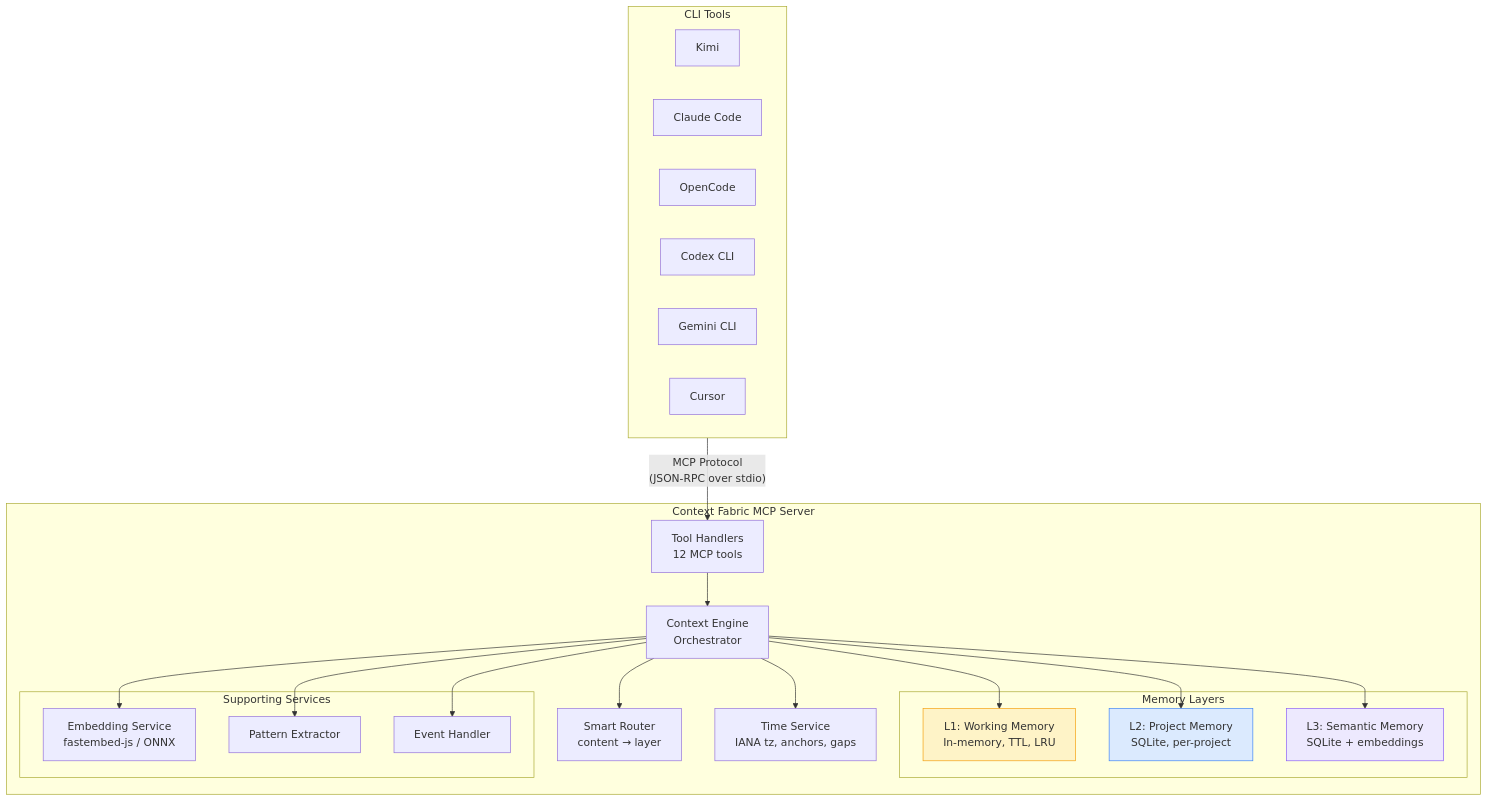
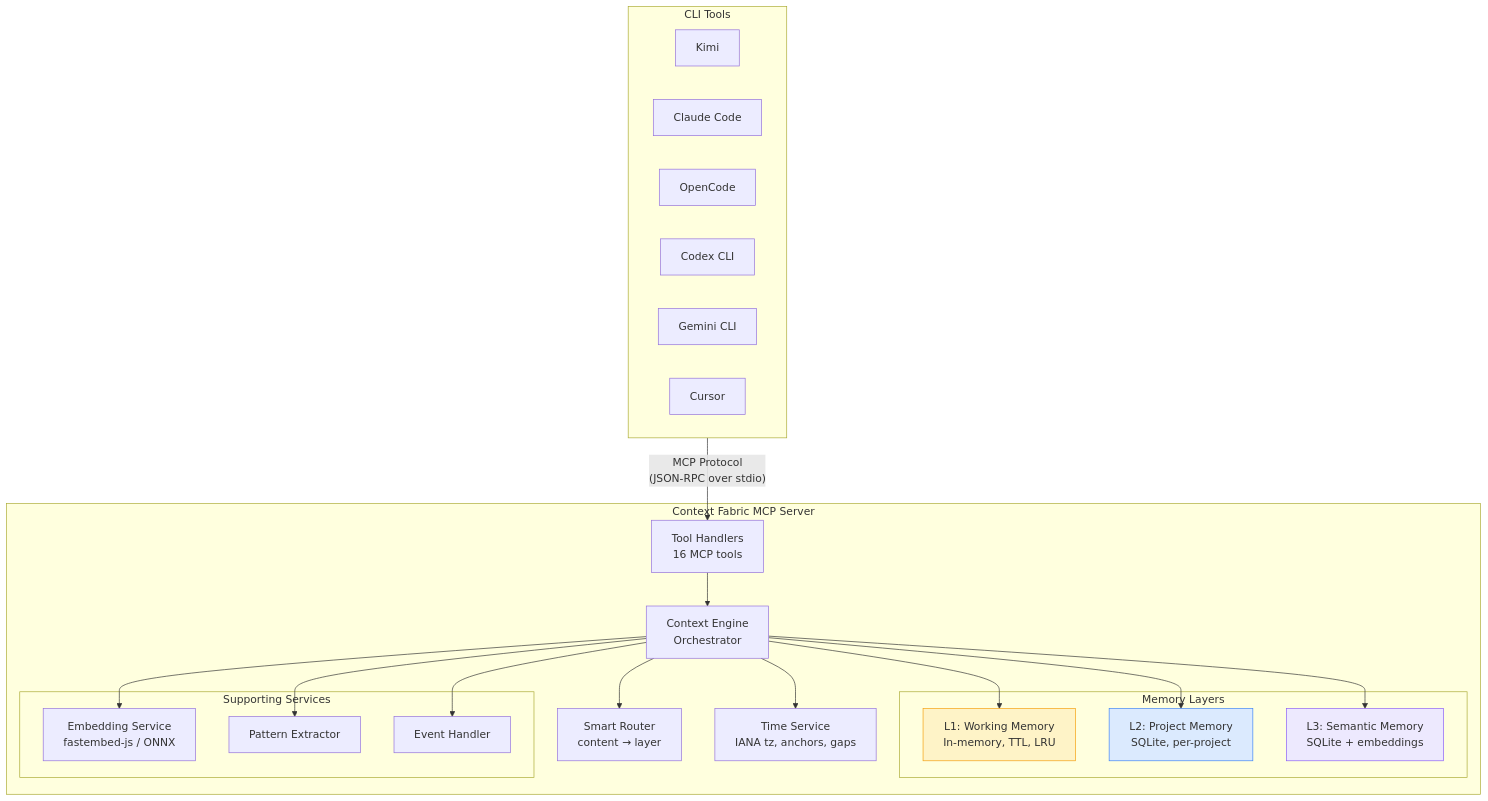
Before and after one commit to Abaddollyon/context-fabric: the first of 8 diagrams in docs/architecture.md, drawn with Mermaid. The commit also changed 24 other files, not shown here.

First line of the commit message:
feat: Full CRUD MCP tools + hardening (v0.5.2) (#3)

````diff
--- a/docs/architecture.md
+++ b/docs/architecture.md
@@ -25,46 +25,46 @@
 ```mermaid
 graph TB
     subgraph Clients["CLI Tools"]
         K["Kimi"]
         CC["Claude Code"]
         OC["OpenCode"]
         CX["Codex CLI"]
         GC["Gemini CLI"]
         CR["Cursor"]
     end
 
     subgraph Server["Context Fabric MCP Server"]
-        TH["Tool Handlers\n12 MCP tools"]
+        TH["Tool Handlers\n16 MCP tools"]
         CE["Context Engine\nOrchestrator"]
         SR["Smart Router\ncontent → layer"]
         TS["Time Service\nIANA tz, anchors, gaps"]
 
         subgraph Layers["Memory Layers"]
             L1["L1: Working Memory\nIn-memory, TTL, LRU"]
             L2["L2: Project Memory\nSQLite, per-project"]
             L3["L3: Semantic Memory\nSQLite + embeddings"]
         end
 
         subgraph Services["Supporting Services"]
             ES["Embedding Service\nfastembed-js / ONNX"]
             PE["Pattern Extractor"]
             EH["Event Handler"]
         end
 
         TH --> CE
         CE --> SR
         CE --> TS
         CE --> L1
         CE --> L2
         CE --> L3
         CE --> ES
         CE --> PE
         CE --> EH
     end
 
     Clients -->|"MCP Protocol\n(JSON-RPC over stdio)"| TH
 
     style L1 fill:#fef3c7,stroke:#f59e0b
     style L2 fill:#dbeafe,stroke:#3b82f6
     style L3 fill:#ede9fe,stroke:#8b5cf6
 ```
````
